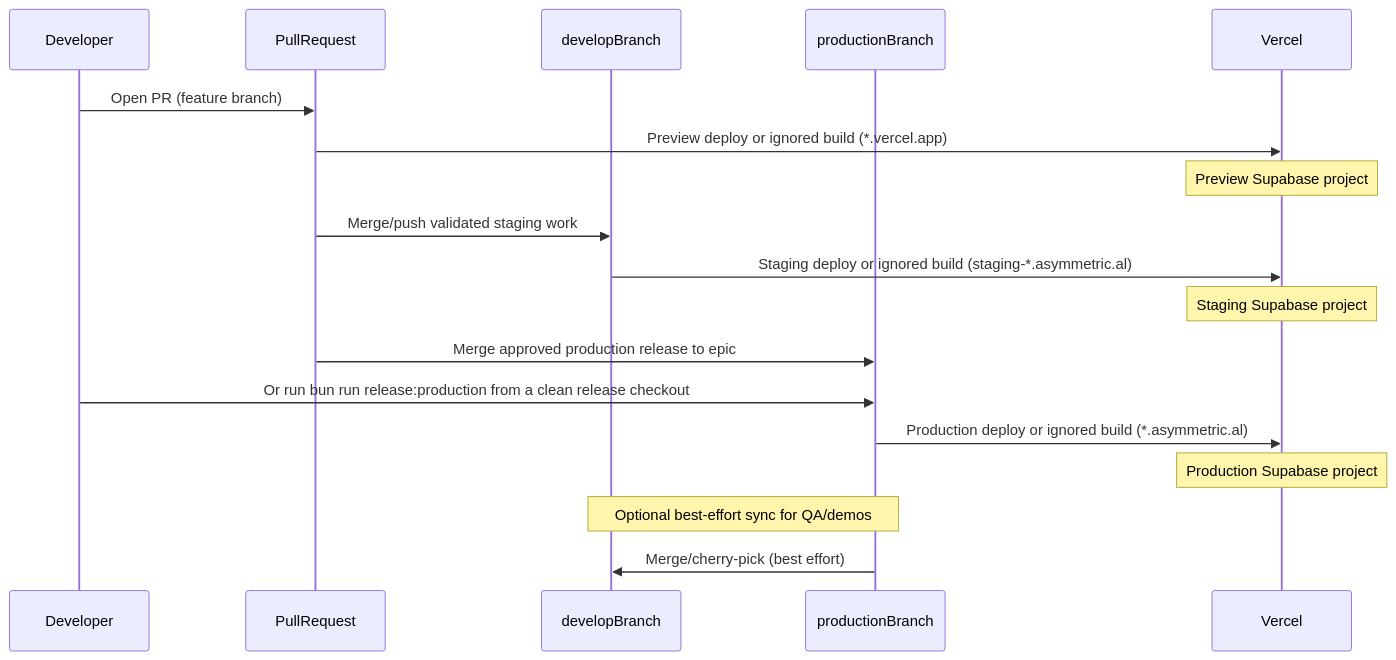
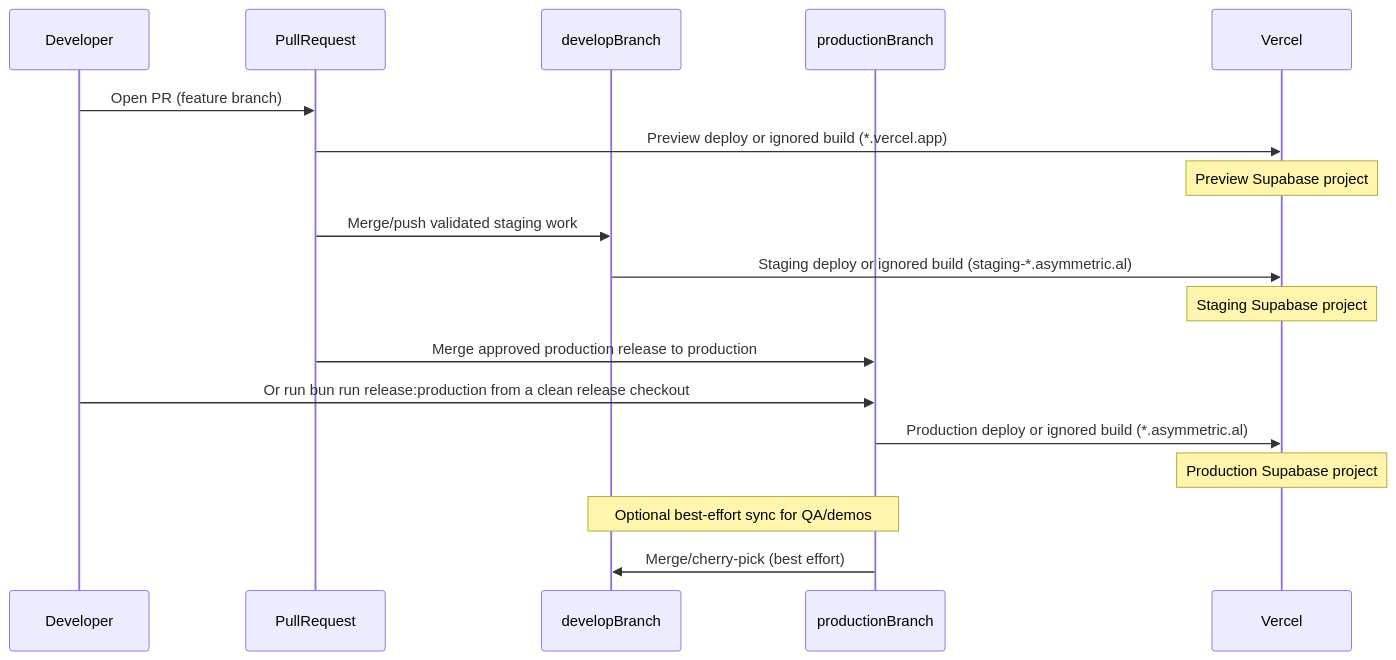
The diagram in docs/ops/environments.md (Asymmetric-al/core), drawn with Mermaid before and after one commit. The commit also changed other lines of this file and 84 other files, not shown here.

Commit message:
chore: replace epic branch references with production

````diff
--- a/docs/ops/environments.md
+++ b/docs/ops/environments.md
@@ -524,24 +524,24 @@
 ```mermaid
 sequenceDiagram
     participant Dev as Developer
     participant PR as PullRequest
     participant Develop as developBranch
     participant Prod as productionBranch
     participant Vercel as Vercel
 
     Dev->>PR: Open PR (feature branch)
     PR->>Vercel: Preview deploy or ignored build (*.vercel.app)
     Note over Vercel: Preview Supabase project
 
     PR->>Develop: Merge/push validated staging work
     Develop->>Vercel: Staging deploy or ignored build (staging-*.asymmetric.al)
     Note over Vercel: Staging Supabase project
 
-    PR->>Prod: Merge approved production release to epic
+    PR->>Prod: Merge approved production release to production
     Dev->>Prod: Or run bun run release:production from a clean release checkout
     Prod->>Vercel: Production deploy or ignored build (*.asymmetric.al)
     Note over Vercel: Production Supabase project
 
     Note over Prod,Develop: Optional best-effort sync for QA/demos
     Prod->>Develop: Merge/cherry-pick (best effort)
 ```
````
